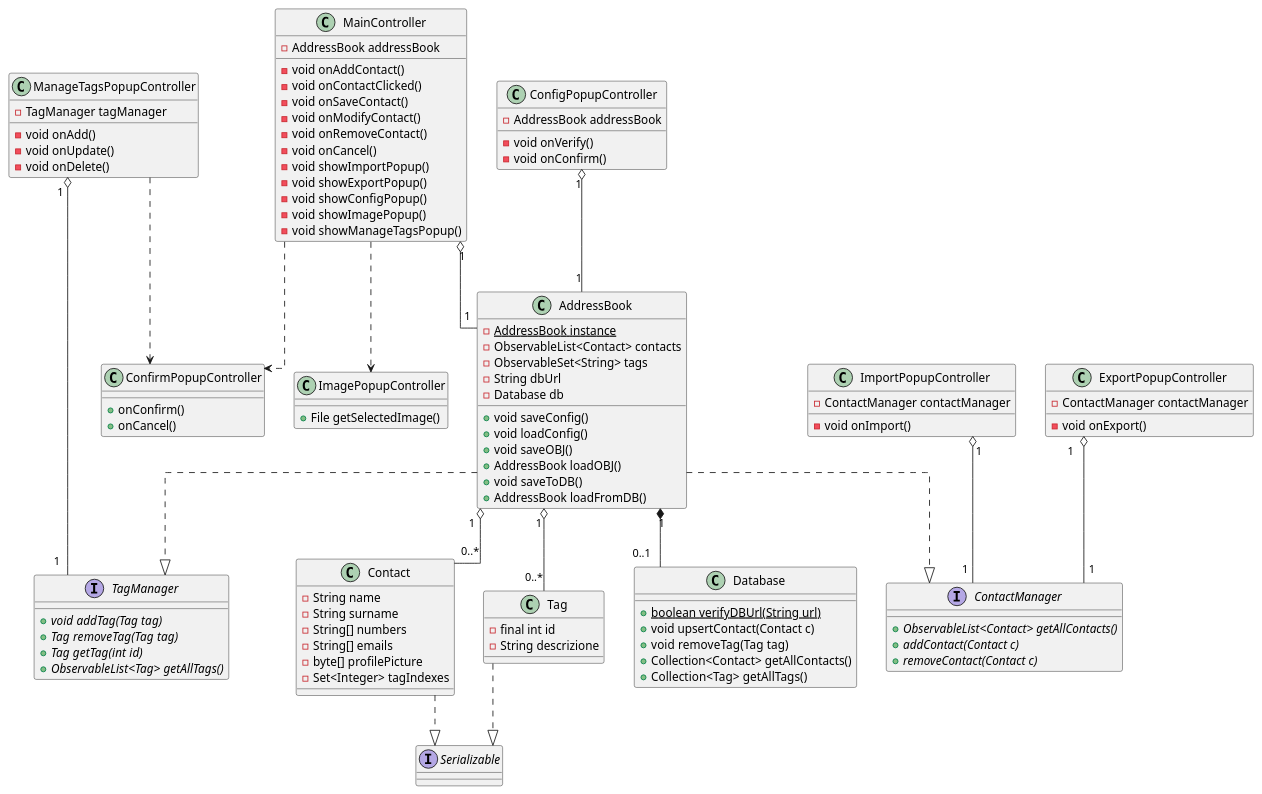
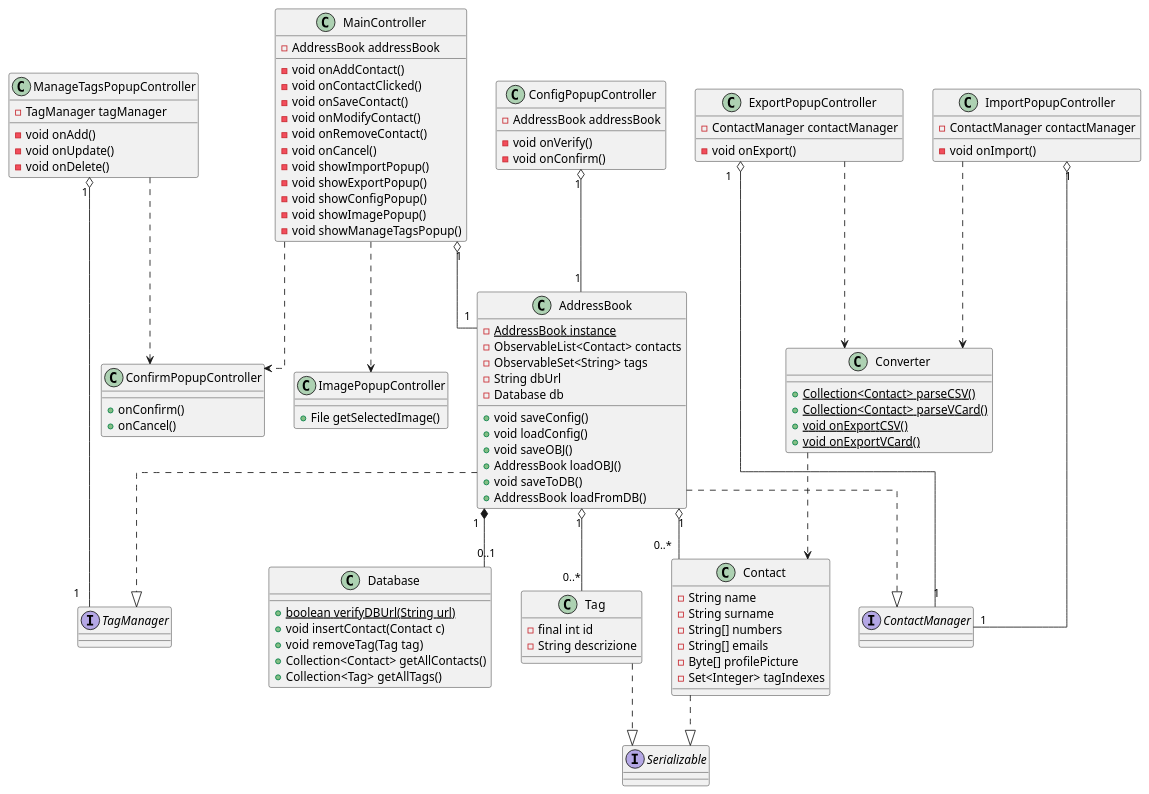
The diagram in documenti/diagrammi di classe/puml/diagrammaClassiEssenziale.puml (savaava/ProgettoRubrica), drawn with PlantUML before and after one commit. The commit also changed 3 other files, not shown here.

Commit message:
modifiche diagramma di classe

```diff
--- a/documenti/diagrammi di classe/puml/diagrammaClassiEssenziale.puml
+++ b/documenti/diagrammi di classe/puml/diagrammaClassiEssenziale.puml
@@ -1,134 +1,137 @@
 @startuml DiagrammaClassiEssenziale
 skinparam linetype ortho
 'left to right direction
 
 
 '****************** CLASSI ******************
 class Contact {
     - String name 
     - String surname 
     - String[] numbers
     - String[] emails
-    - byte[] profilePicture
+    - Byte[] profilePicture
     - Set<Integer> tagIndexes  
 }
 
 class AddressBook {
     - {static} AddressBook instance
     - ObservableList<Contact> contacts
     - ObservableSet<String> tags
     - String dbUrl
     - Database db
 
     + void saveConfig()
     + void loadConfig()
     + void saveOBJ()
     + AddressBook loadOBJ()
     + void saveToDB()
     + AddressBook loadFromDB()    
 }
 
 class MainController {
     - AddressBook addressBook
 
     - void onAddContact()
     - void onContactClicked()
     - void onSaveContact()
     - void onModifyContact()
     - void onRemoveContact()
     - void onCancel()
     - void showImportPopup()
     - void showExportPopup()
     - void showConfigPopup()
     - void showImagePopup()
     - void showManageTagsPopup()
+}
+
+class Converter {
+    + {static} Collection<Contact> parseCSV()
+    + {static} Collection<Contact> parseVCard()
+    + {static} void onExportCSV()
+    + {static} void onExportVCard()
 }
 
 class ImportPopupController {
     - ContactManager contactManager
     - void onImport()
 }
 
 class ExportPopupController {
     - ContactManager contactManager
     - void onExport()
 }
 
 class ManageTagsPopupController {
     - TagManager tagManager
     - void onAdd()
     - void onUpdate()
     - void onDelete()
 }
 
 class ImagePopupController {
     + File getSelectedImage()
 }
 
 class ConfirmPopupController {
     + onConfirm()
     + onCancel()
 }
 
 class ConfigPopupController {
     - AddressBook addressBook
 
     - void onVerify()
     - void onConfirm()
 }
 
 class Tag {
     - final int id
     - String descrizione
 }
 
 class Database {
     + {static} boolean verifyDBUrl(String url)
-    + void upsertContact(Contact c)
+    + void insertContact(Contact c)
     + void removeTag(Tag tag)
     + Collection<Contact> getAllContacts()
     + Collection<Tag> getAllTags()
 } 
 
 '****************** INTERFACCE ******************
 interface Serializable
 
 interface TagManager {
-    +{abstract} void addTag(Tag tag)
-    +{abstract} Tag removeTag(Tag tag)
-    +{abstract} Tag getTag(int id)
-    +{abstract} ObservableList<Tag> getAllTags()
 }
 
 interface ContactManager {
-    +{abstract} ObservableList<Contact> getAllContacts()
-    +{abstract} addContact(Contact c)
-    +{abstract} removeContact(Contact c)
 }
 
 '****************** RELAZIONI ******************
 Contact ..|> Serializable
 
 Tag ..|> Serializable
 
 AddressBook "1" o-- "0..*" Contact
 AddressBook "1" *-- "0..1" Database
 AddressBook "1" o-- "0..*" Tag
 AddressBook ..|> TagManager
 AddressBook ..|> ContactManager
 
 MainController "1" o-- "1" AddressBook
 MainController ..> ImagePopupController
 MainController ..> ConfirmPopupController
 
-ManageTagsPopupController ..> ConfirmPopupController
+Converter ..> Contact
+
+ImportPopupController "1" o-- "1" ContactManager
+ImportPopupController ..> Converter
 
 ExportPopupController "1" o-- "1" ContactManager
+ExportPopupController ..> Converter
 
-ImportPopupController "1" o-- "1" ContactManager
+ManageTagsPopupController ..> ConfirmPopupController
+ManageTagsPopupController "1" o-- "1" TagManager
 
 ConfigPopupController "1" o-- "1" AddressBook
 
-ManageTagsPopupController "1" o-- "1" TagManager
-
 @enduml
```
